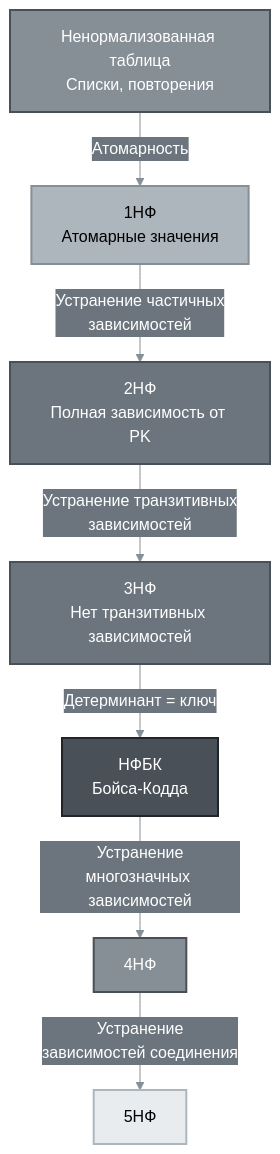
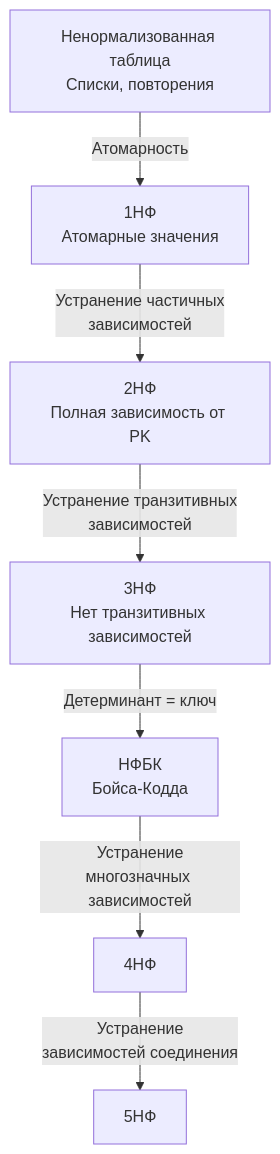
The fourth of 23 diagrams in db_exam.md (alx314vo/db_exam), drawn with Mermaid before and after one commit. The commit also changed other lines of this file and 1 other file, not shown here.

````diff
--- a/db_exam.md
+++ b/db_exam.md
@@ -266,18 +255,10 @@
 ```mermaid
-%%{init: {'theme':'base', 'themeVariables': {'primaryColor':'#495057','primaryTextColor':'#fff','primaryBorderColor':'#212529','lineColor':'#868e96','secondaryColor':'#6c757d','tertiaryColor':'#adb5bd','background':'#ffffff','textColor':'#212529'}}}%%
 graph TD
     A[Ненормализованная таблица<br/>Списки, повторения] -->|Атомарность| B[1НФ<br/>Атомарные значения]
     B -->|Устранение частичных<br/>зависимостей| C[2НФ<br/>Полная зависимость от PK]
     C -->|Устранение транзитивных<br/>зависимостей| D[3НФ<br/>Нет транзитивных зависимостей]
     D -->|Детерминант = ключ| E[НФБК<br/>Бойса-Кодда]
     E -->|Устранение<br/>многозначных зависимостей| F[4НФ]
     F -->|Устранение<br/>зависимостей соединения| G[5НФ]
     
-    style A fill:#868e96,stroke:#495057,stroke-width:2px,color:#fff
-    style B fill:#adb5bd,stroke:#868e96,stroke-width:2px,color:#000
-    style C fill:#6c757d,stroke:#495057,stroke-width:2px,color:#fff
-    style D fill:#6c757d,stroke:#495057,stroke-width:2px,color:#fff
-    style E fill:#495057,stroke:#212529,stroke-width:2px,color:#fff
-    style F fill:#868e96,stroke:#495057,stroke-width:2px,color:#fff
-    style G fill:#e9ecef,stroke:#adb5bd,stroke-width:2px,color:#000
 ```
````
